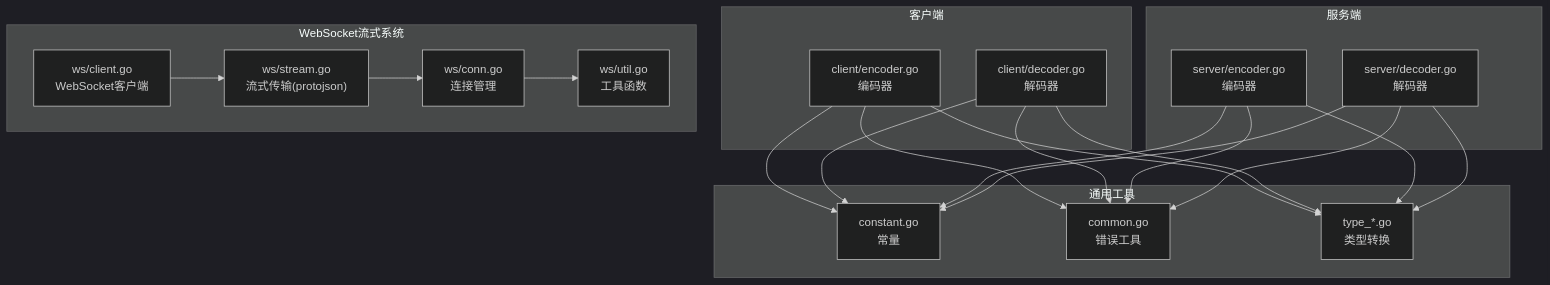
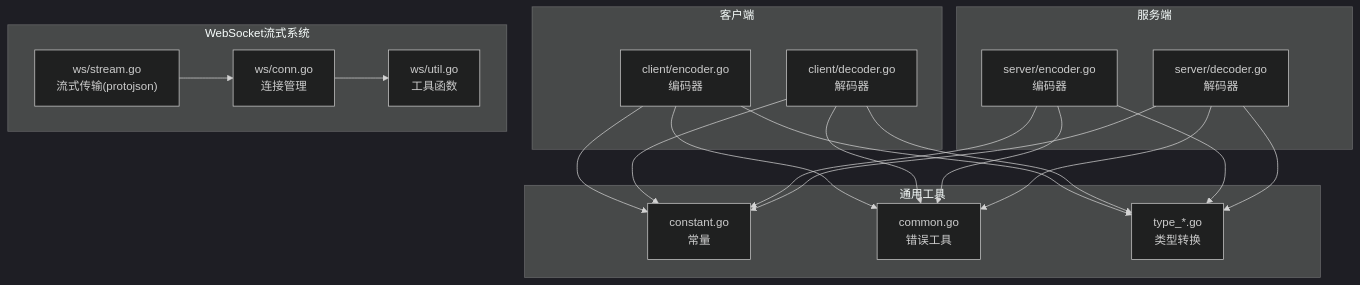
Before and after one commit to soyacen/goose: the first of 11 diagrams in .agents/repowiki/zh/content/HTTP 服务器框架/编解码器系统.md, drawn with Mermaid (dark theme). The commit also changed other lines of this file and 4 other files, not shown here.

````diff
--- a/.agents/repowiki/zh/content/HTTP 服务器框架/编解码器系统.md
+++ b/.agents/repowiki/zh/content/HTTP 服务器框架/编解码器系统.md
@@ -71,37 +73,35 @@
 ```mermaid
 graph TB
 subgraph "客户端"
 C_Enc["client/encoder.go<br/>编码器"]
 C_Dec["client/decoder.go<br/>解码器"]
 end
 subgraph "服务端"
 S_Enc["server/encoder.go<br/>编码器"]
 S_Dec["server/decoder.go<br/>解码器"]
 end
 subgraph "WebSocket流式系统"
-WS_Client["ws/client.go<br/>WebSocket客户端"]
 WS_Stream["ws/stream.go<br/>流式传输(protojson)"]
 WS_Conn["ws/conn.go<br/>连接管理"]
 WS_Util["ws/util.go<br/>工具函数"]
 end
 subgraph "通用工具"
 Const["constant.go<br/>常量"]
 Common["common.go<br/>错误工具"]
 Types["type_*.go<br/>类型转换"]
 end
 C_Enc --> Const
 C_Dec --> Const
 S_Enc --> Const
 S_Dec --> Const
 C_Enc --> Common
 C_Dec --> Common
 S_Enc --> Common
 S_Dec --> Common
 C_Enc --> Types
 C_Dec --> Types
 S_Enc --> Types
 S_Dec --> Types
 WS_Stream --> WS_Conn
-WS_Client --> WS_Stream
 WS_Conn --> WS_Util
 ```
````
